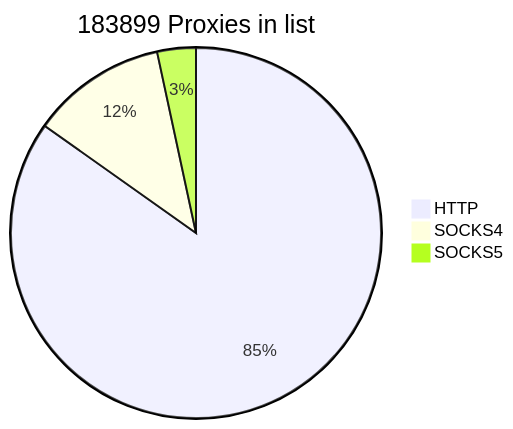
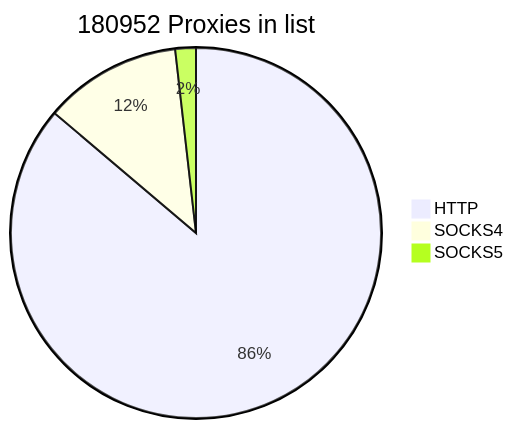
The first of 2 diagrams in README.md (cutipu/proxylist), drawn with Mermaid before and after one commit. The commit also changed other lines of this file, not shown here.

````diff
--- a/README.md
+++ b/README.md
@@ -2,7 +2,7 @@
 ```mermaid
-pie title 183899 Proxies in list
-    "HTTP" : 155963
-    "SOCKS4" : 21735
-    "SOCKS5" : 6201
+pie title 180952 Proxies in list
+    "HTTP" : 155959
+    "SOCKS4" : 21732
+    "SOCKS5" : 3261
             
 ```
````
